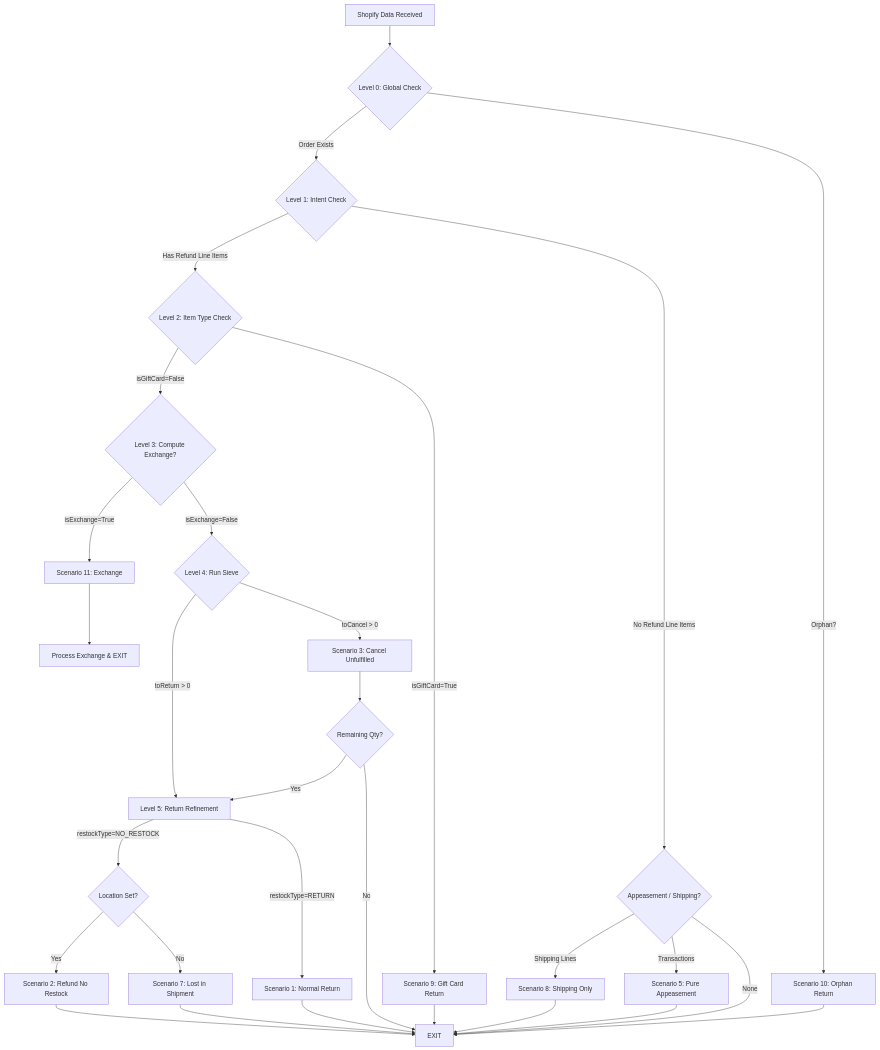
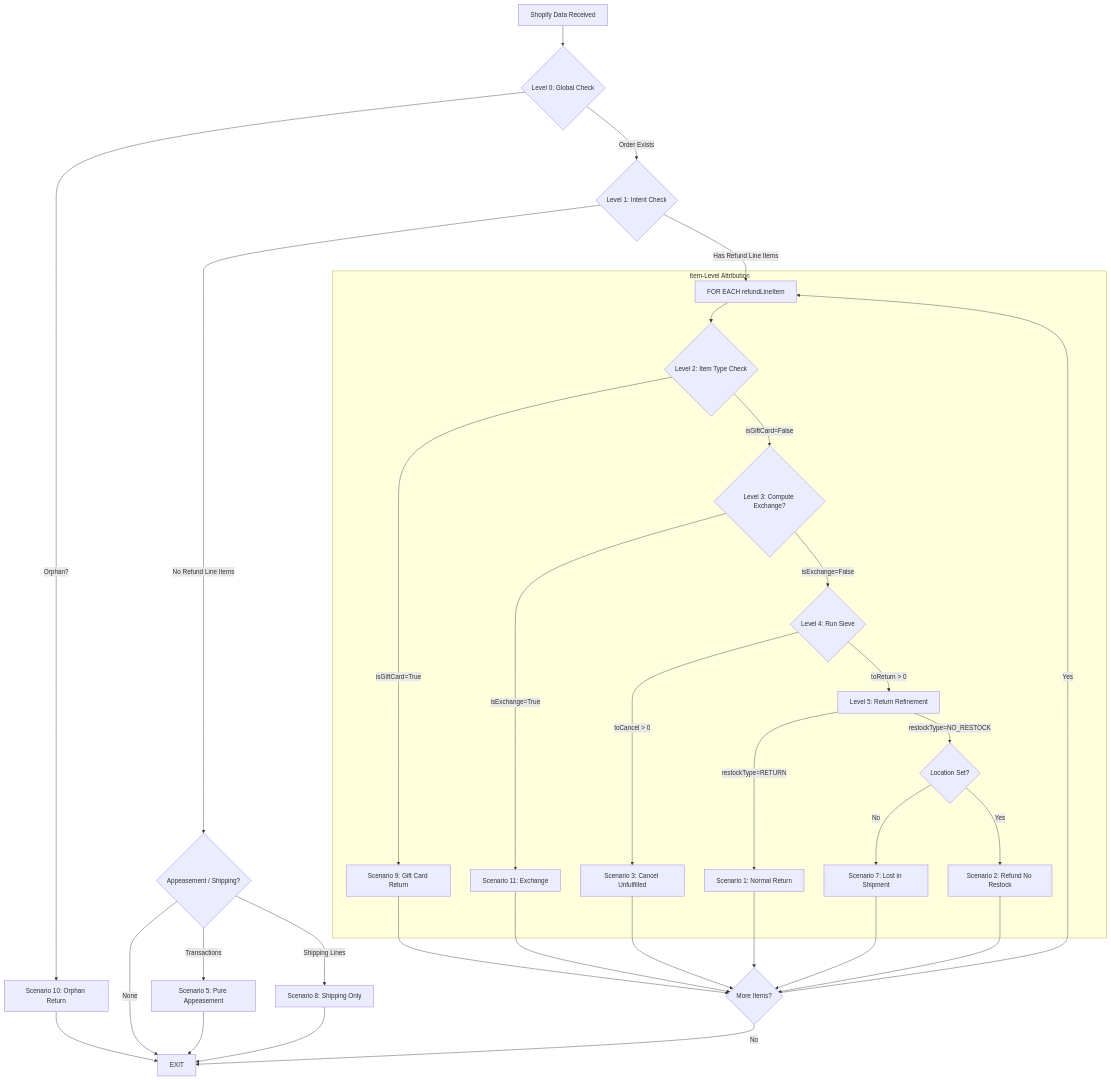
The diagram in docs/returns_refunds_decision_tree.md (hotwax/mantle-shopify-connector), drawn with Mermaid before and after one commit. The commit also changed other lines of this file, not shown here.

Commit message:
Clarify multi-item iteration logic and capacity pool maintenance

````diff
--- a/docs/returns_refunds_decision_tree.md
+++ b/docs/returns_refunds_decision_tree.md
@@ -7,42 +7,47 @@
 ```mermaid
 graph TD
     Start[Shopify Data Received] --> L0{Level 0: Global Check}
     
     L0 -->|Orphan?| Scenario10[Scenario 10: Orphan Return]
     Scenario10 --> Exit[EXIT]
     
     L0 -->|Order Exists| L1{Level 1: Intent Check}
     
     L1 -->|No Refund Line Items| L1_Sub{Appeasement / Shipping?}
     L1_Sub -->|Transactions| Scenario5[Scenario 5: Pure Appeasement]
     L1_Sub -->|Shipping Lines| Scenario8[Scenario 8: Shipping Only]
     L1_Sub -->|None| Exit
     Scenario5 --> Exit
     Scenario8 --> Exit
 
-    L1 -->|Has Refund Line Items| L2{Level 2: Item Type Check}
+    L1 -->|Has Refund Line Items| LoopStart[FOR EACH refundLineItem]
     
-    L2 -->|isGiftCard=True| Scenario9[Scenario 9: Gift Card Return]
-    Scenario9 --> Exit
+    subgraph ItemLevel[Item-Level Attribution]
+        LoopStart --> L2{Level 2: Item Type Check}
+        
+        L2 -->|isGiftCard=True| Scenario9[Scenario 9: Gift Card Return]
+        
+        L2 -->|isGiftCard=False| L3{Level 3: Compute Exchange?}
+        L3 -->|isExchange=True| Scenario11[Scenario 11: Exchange]
+
+        L3 -->|isExchange=False| L4{Level 4: Run Sieve}
+        
+        L4 -->|toCancel > 0| Scenario3[Scenario 3: Cancel Unfulfilled]
+        L4 -->|toReturn > 0| L5[Level 5: Return Refinement]
+        
+        L5 -->|restockType=RETURN| Scenario1[Scenario 1: Normal Return]
+        L5 -->|restockType=NO_RESTOCK| L5_Sub{Location Set?}
+        L5_Sub -->|No| Scenario7[Scenario 7: Lost in Shipment]
+        L5_Sub -->|Yes| Scenario2[Scenario 2: Refund No Restock]
+    end
+
+    Scenario9 --> NextItem{More Items?}
+    Scenario11 --> NextItem
+    Scenario3 --> NextItem
+    Scenario1 --> NextItem
+    Scenario7 --> NextItem
+    Scenario2 --> NextItem
     
-    L2 -->|isGiftCard=False| L3{Level 3: Compute Exchange?}
-    L3 -->|isExchange=True| Scenario11[Scenario 11: Exchange]
-    Scenario11 --> ExchangeExit[Process Exchange & EXIT]
-
-    L3 -->|isExchange=False| L4{Level 4: Run Sieve}
-    L4 -->|toCancel > 0| Scenario3[Scenario 3: Cancel Unfulfilled]
-    Scenario3 --> SieveRemainder{Remaining Qty?}
-    
-    SieveRemainder -->|Yes| L5[Level 5: Return Refinement]
-    SieveRemainder -->|No| Exit
-    L4 -->|toReturn > 0| L5
-    
-    L5 -->|restockType=RETURN| Scenario1[Scenario 1: Normal Return]
-    L5 -->|restockType=NO_RESTOCK| L5_Sub{Location Set?}
-    L5_Sub -->|No| Scenario7[Scenario 7: Lost in Shipment]
-    L5_Sub -->|Yes| Scenario2[Scenario 2: Refund No Restock]
-    
-    Scenario1 --> Exit
-    Scenario7 --> Exit
-    Scenario2 --> Exit
+    NextItem -->|Yes| LoopStart
+    NextItem -->|No| Exit
 ```
````
